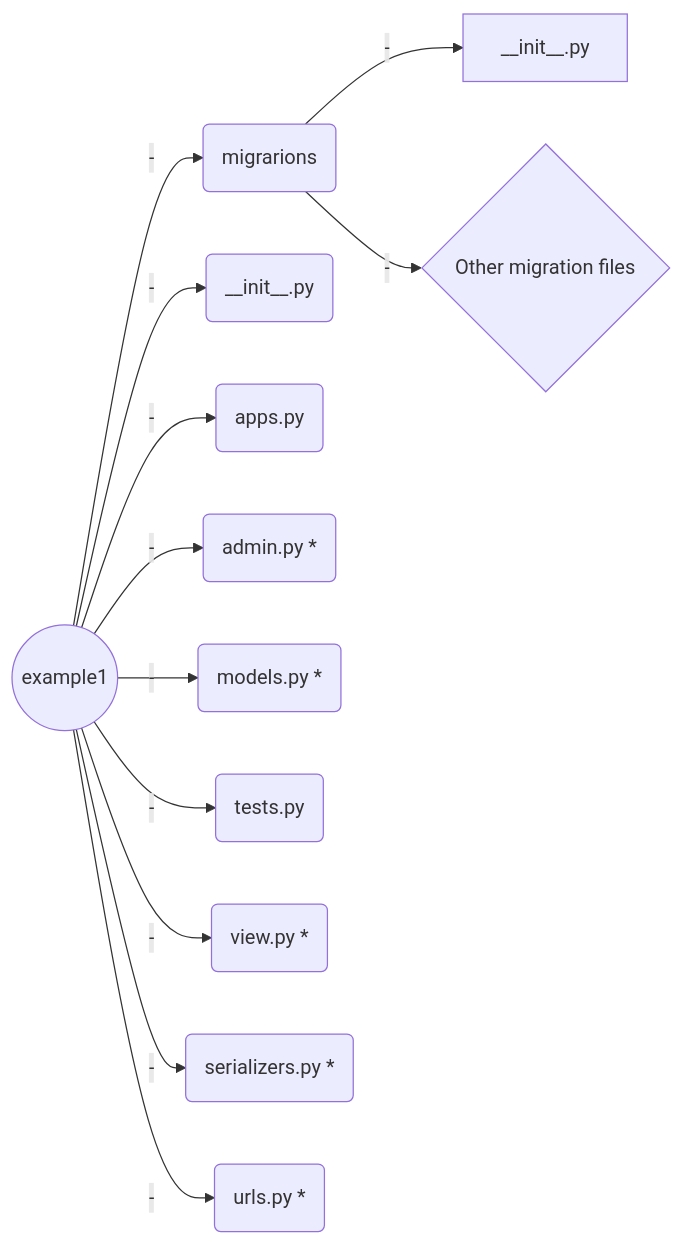
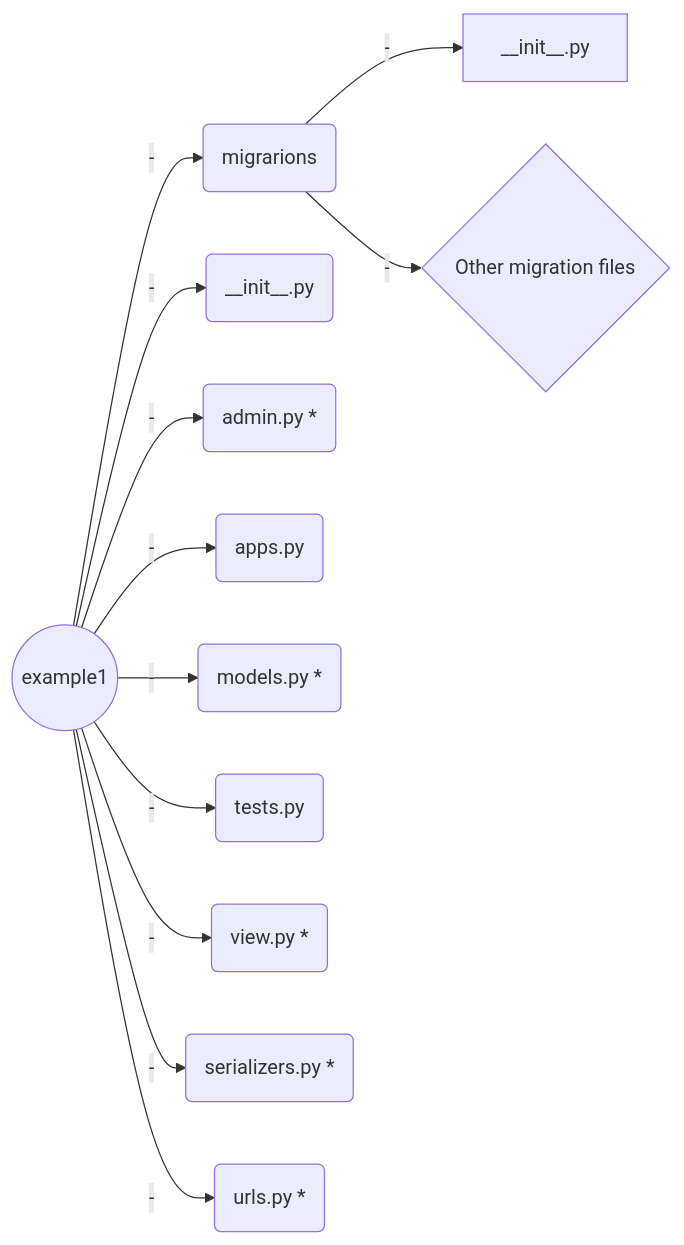
One commit to LooDaHu/ARORA_General_-Introduction changed the first of 3 diagrams in Welcome file.md. Above: the diagram before and after it, drawn with Mermaid. The commit also changed other lines of this file, not shown here.

````diff
--- a/Welcome file.md
+++ b/Welcome file.md
@@ -45,15 +45,15 @@
 ```mermaid
 graph LR
 A((example1)) -- - --> B(migrarions) 
 B(migrarions) -- - --> C[__init__.py]
 B(migrarions) -- - --> D{Other migration files}
 A((example1)) -- - --> E(__init__.py) 
+A((example1)) -- - --> F(admin.py *) 
 A((example1)) -- - --> L(apps.py)
-A((example1)) -- - --> F(admin.py *) 
 A((example1)) -- - --> G(models.py *) 
 A((example1)) -- - --> K(tests.py) 
 
 A((example1)) -- - --> H(view.py *)
 A((example1)) -- - --> I(serializers.py *)
 A((example1)) -- - --> J(urls.py *)
 ```
````
